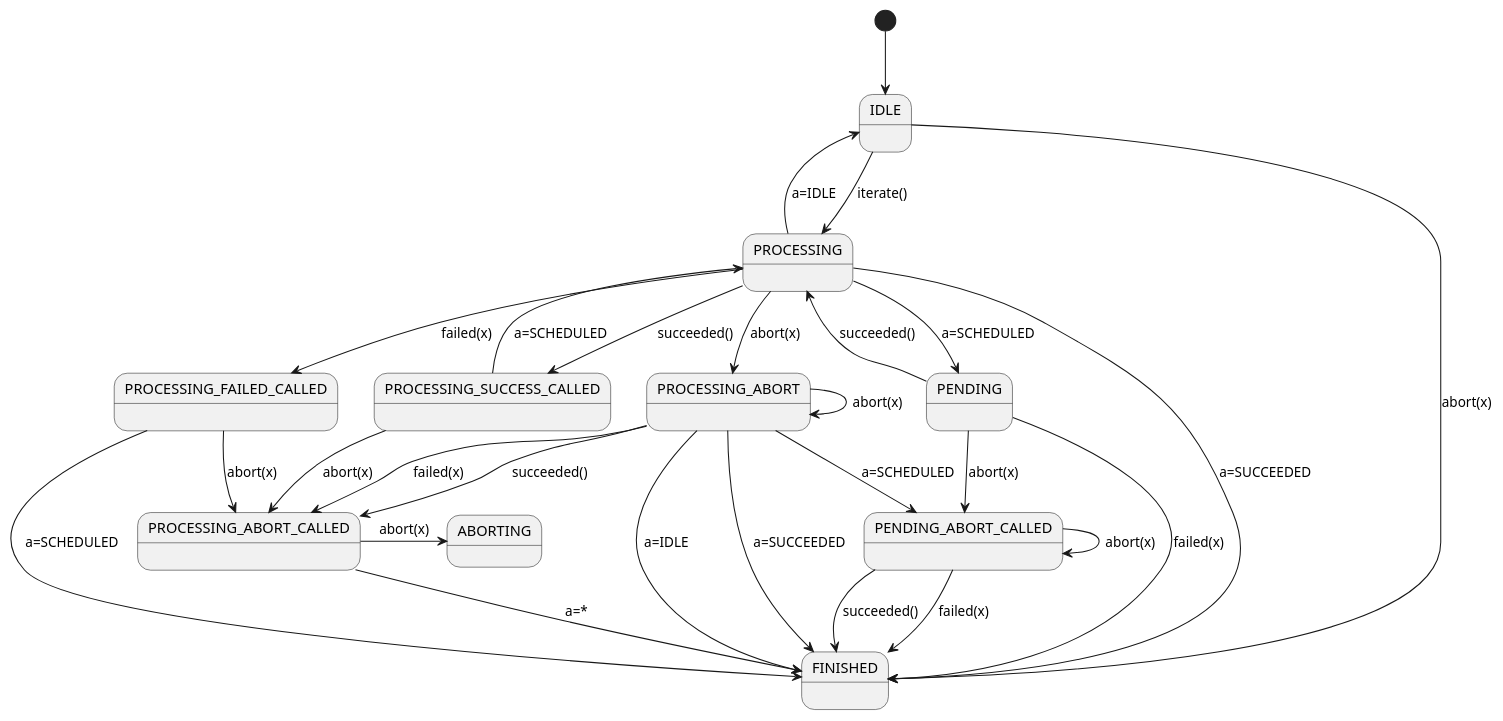
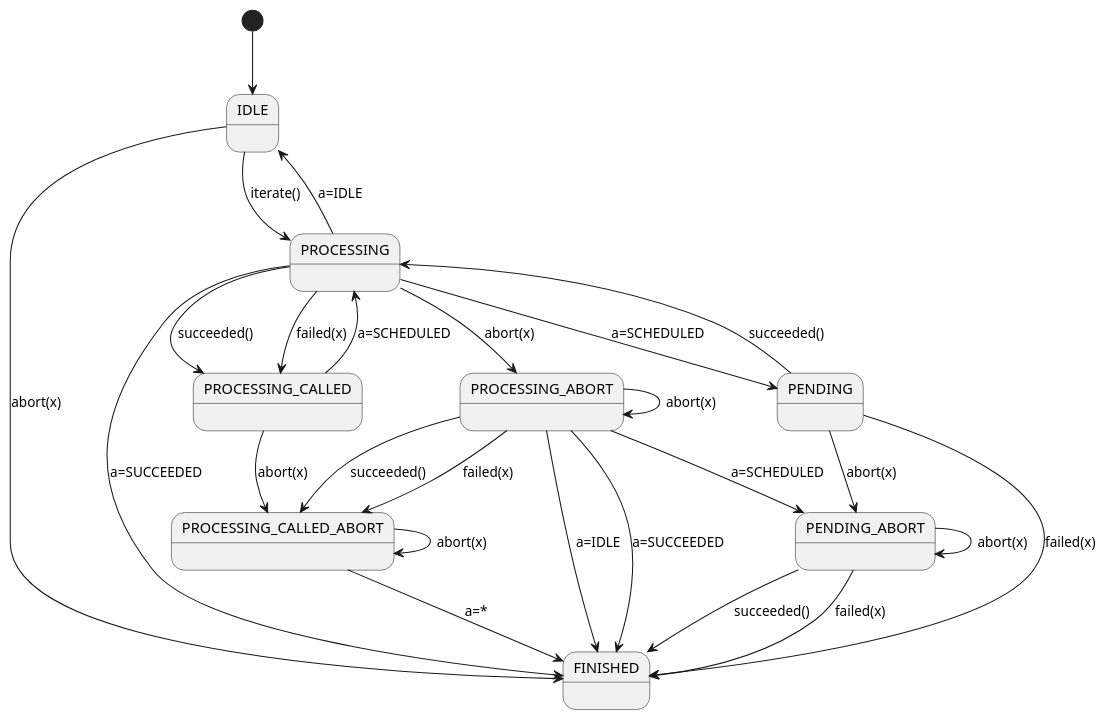
The diagram in jetty-core/jetty-util/src/main/java/org/eclipse/jetty/util/IteratingCallback_State.puml (jetty/jetty.project), drawn with PlantUML before and after one commit. The commit also changed 1 other file, not shown here.

Commit message:
Experiment for aborting callbacks
WIP

```diff
--- a/jetty-core/jetty-util/src/main/java/org/eclipse/jetty/util/IteratingCallback_State.puml
+++ b/jetty-core/jetty-util/src/main/java/org/eclipse/jetty/util/IteratingCallback_State.puml
@@ -1,49 +1,45 @@
 @startuml
 
 IDLE:
 PROCESSING:
-PROCESSING_SUCCESS_CALLED:
-PROCESSING_FAILED_CALLED:
+PROCESSING_CALLED:
 PROCESSING_ABORT:
-PROCESSING_ABORT_CALLED:
+PROCESSING_CALLED_ABORT:
 PENDING:
-PENDING_ABORT_CALLED:
+PENDING_ABORT:
 FINISHED:
 
 [*] --> IDLE
 
 IDLE --> PROCESSING: iterate()
 IDLE --> FINISHED: abort(x)
 
 PROCESSING --> IDLE: a=IDLE
 PROCESSING --> FINISHED: a=SUCCEEDED
 PROCESSING --> PENDING: a=SCHEDULED
-PROCESSING --> PROCESSING_SUCCESS_CALLED: succeeded()
-PROCESSING --> PROCESSING_FAILED_CALLED: failed(x)
+PROCESSING --> PROCESSING_CALLED: succeeded()
+PROCESSING --> PROCESSING_CALLED: failed(x)
 PROCESSING --> PROCESSING_ABORT: abort(x)
 
 PENDING --> PROCESSING: succeeded()
 PENDING --> FINISHED: failed(x)
-PENDING --> PENDING_ABORT_CALLED: abort(x)
+PENDING --> PENDING_ABORT: abort(x)
 
-PROCESSING_SUCCESS_CALLED --> PROCESSING: a=SCHEDULED
-PROCESSING_SUCCESS_CALLED --> PROCESSING_ABORT_CALLED: abort(x)
-
-PROCESSING_FAILED_CALLED --> FINISHED: a=SCHEDULED
-PROCESSING_FAILED_CALLED --> PROCESSING_ABORT_CALLED: abort(x)
+PROCESSING_CALLED --> PROCESSING: a=SCHEDULED
+PROCESSING_CALLED --> PROCESSING_CALLED_ABORT: abort(x)
 
 PROCESSING_ABORT --> FINISHED: a=IDLE
 PROCESSING_ABORT --> FINISHED: a=SUCCEEDED
-PROCESSING_ABORT --> PENDING_ABORT_CALLED: a=SCHEDULED
-PROCESSING_ABORT --> PROCESSING_ABORT_CALLED: succeeded()
-PROCESSING_ABORT --> PROCESSING_ABORT_CALLED: failed(x)
+PROCESSING_ABORT --> PENDING_ABORT: a=SCHEDULED
+PROCESSING_ABORT --> PROCESSING_CALLED_ABORT: succeeded()
+PROCESSING_ABORT --> PROCESSING_CALLED_ABORT: failed(x)
 PROCESSING_ABORT --> PROCESSING_ABORT: abort(x)
 
-PENDING_ABORT_CALLED --> FINISHED: succeeded()
-PENDING_ABORT_CALLED --> FINISHED: failed(x)
-PENDING_ABORT_CALLED --> PENDING_ABORT_CALLED: abort(x)
+PENDING_ABORT --> FINISHED: succeeded()
+PENDING_ABORT --> FINISHED: failed(x)
+PENDING_ABORT --> PENDING_ABORT: abort(x)
 
-PROCESSING_ABORT_CALLED -> FINISHED: a=*
-PROCESSING_ABORT_CALLED -> ABORTING: abort(x)
+PROCESSING_CALLED_ABORT -> FINISHED: a=*
+PROCESSING_CALLED_ABORT -> PROCESSING_CALLED_ABORT: abort(x)
 
 @enduml
```
